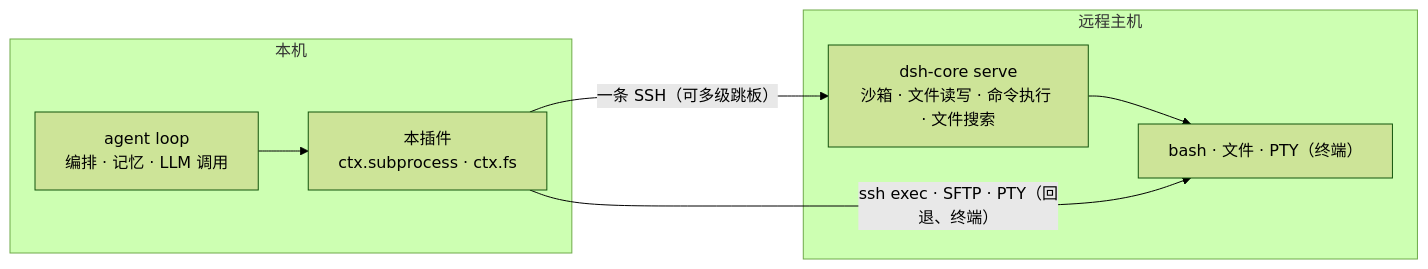
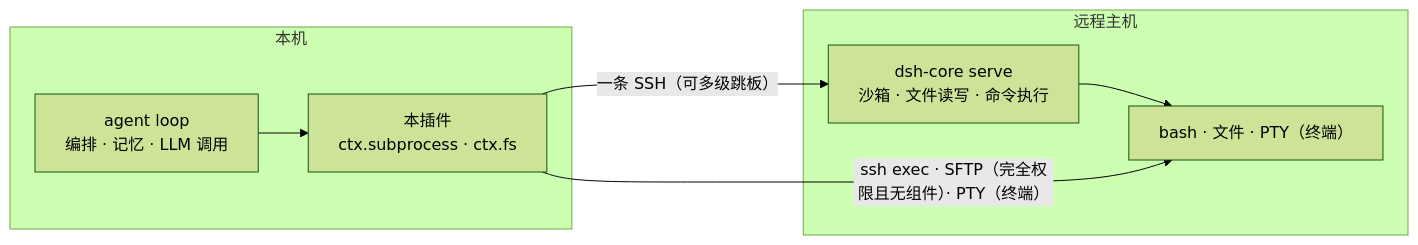
One commit to DobyChao/dsh-workspace-enhancement changed the diagram in README.zh.md. Above: the diagram before and after it, drawn with Mermaid (forest theme). The commit also changed other lines of this file and 5 other files, not shown here.

````diff
--- a/README.zh.md
+++ b/README.zh.md
@@ -26,13 +26,13 @@
 ```mermaid
 flowchart LR
     subgraph local["本机"]
         agent["agent loop<br/>编排 · 记忆 · LLM 调用"] --> seam["本插件<br/>ctx.subprocess · ctx.fs"]
     end
     subgraph remote["远程主机"]
-        core["dsh-core serve<br/>沙箱 · 文件读写 · 命令执行 · 文件搜索"]
+        core["dsh-core serve<br/>沙箱 · 文件读写 · 命令执行"]
         run["bash · 文件 · PTY（终端）"]
         core --> run
     end
     seam -- "一条 SSH（可多级跳板）" --> core
-    seam -- "ssh exec · SFTP · PTY（回退、终端）" --> run
+    seam -- "ssh exec · SFTP（完全权限且无组件）· PTY（终端）" --> run
 ```
````
